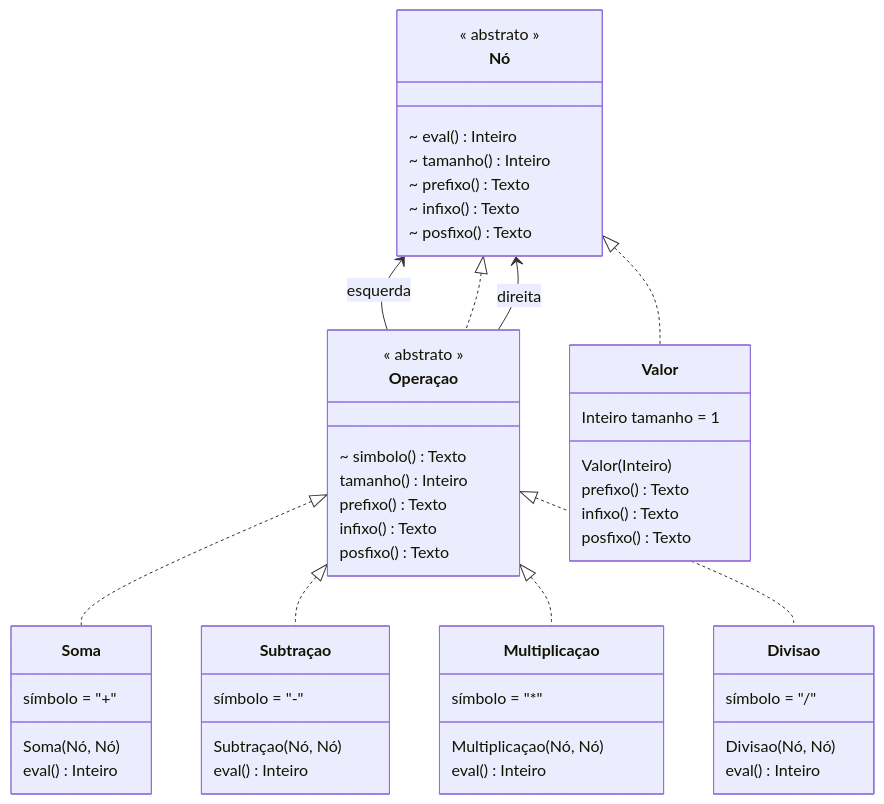
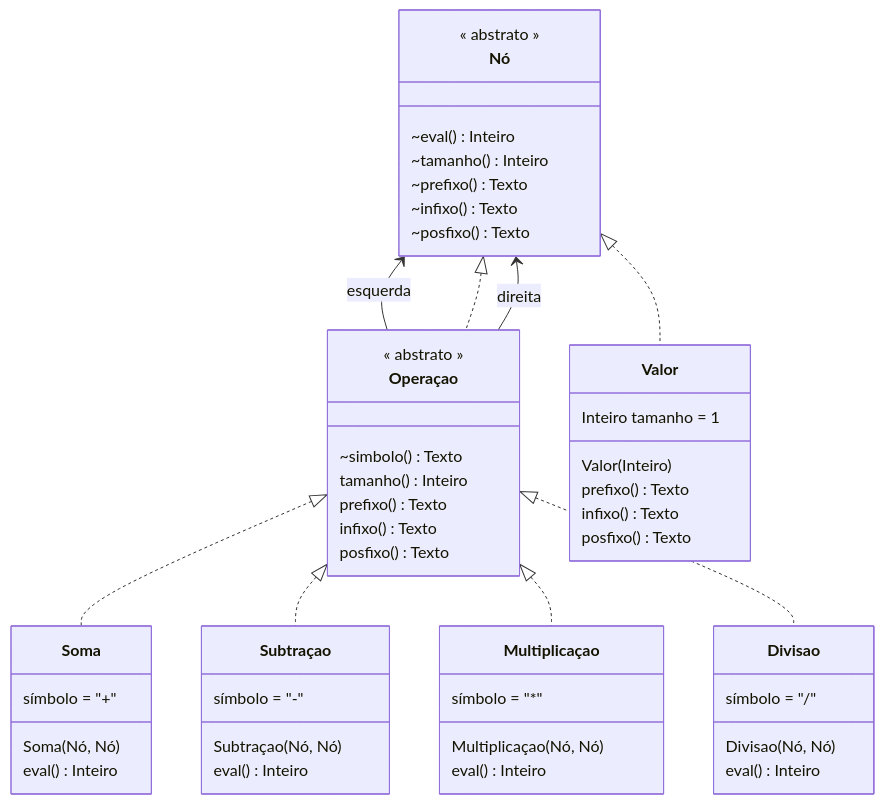
The second of 2 diagrams in 01-Arvore Binária de Expressão/README.md (lrlucena/gist-potigol), drawn with Mermaid before and after one commit.

````diff
--- a/01-Arvore Binária de Expressão/README.md
+++ b/01-Arvore Binária de Expressão/README.md
@@ -39,64 +39,64 @@
 ```mermaid
 classDiagram
     class Nó {
       << abstrato >>
-      ~ eval() Inteiro
-      ~ tamanho() Inteiro
-      ~ prefixo() Texto
-      ~ infixo() Texto
-      ~ posfixo() Texto
+      ~eval() Inteiro
+      ~tamanho() Inteiro
+      ~prefixo() Texto
+      ~infixo() Texto
+      ~posfixo() Texto
     }
     
     class Operaçao {
       << abstrato >>
-      ~ simbolo() Texto
+      ~simbolo() Texto
       tamanho() Inteiro
       prefixo() Texto
       infixo() Texto
       posfixo() Texto
     }
     
     Nó <-- Operaçao : esquerda
     Nó <|.. Operaçao
     Nó <-- Operaçao : direita
         
     Nó <|.. Valor
     
     class Soma {
       símbolo = "+"
       Soma(Nó, Nó)
       eval() Inteiro
     }
     
     class Subtraçao {
       símbolo = "-"
       Subtraçao(Nó, Nó)
       eval() Inteiro
     }
     
     class Multiplicaçao {
       símbolo = "*"
       Multiplicaçao(Nó, Nó)
       eval() Inteiro
     }
 
     class Divisao {
       símbolo = "/"
       Divisao(Nó, Nó)
       eval() Inteiro
     }
     
     Operaçao <|.. Soma
     Operaçao <|.. Subtraçao
     Operaçao <|.. Multiplicaçao
     Operaçao <|.. Divisao
     
     class Valor {
       Inteiro tamanho = 1
       Valor(Inteiro)
       prefixo() Texto
       infixo() Texto
       posfixo() Texto
     }
 
 ```
````
